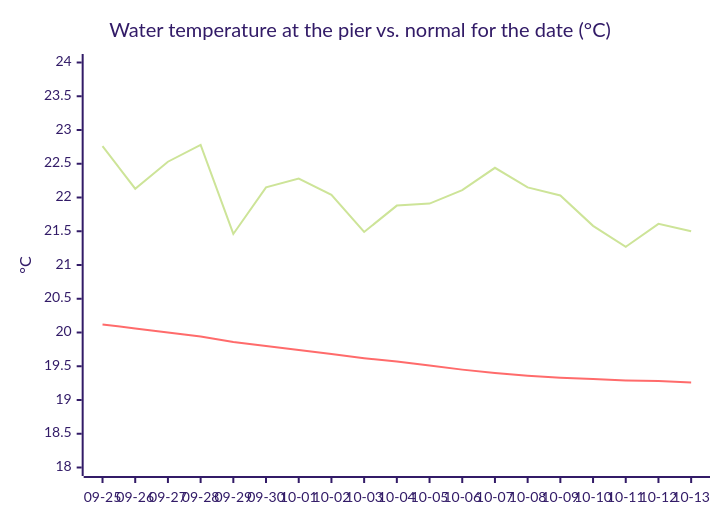
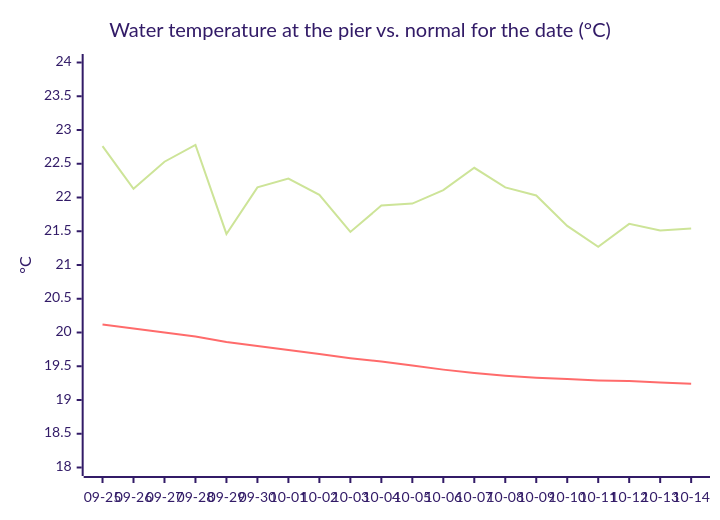
One commit to joshuafrommeyer-35/PierTracker changed the third of 3 diagrams in README.md. Above: the diagram before and after it, drawn with Mermaid (forest theme). The commit also changed other lines of this file and 5 other files, not shown here.

````diff
--- a/README.md
+++ b/README.md
@@ -160,8 +160,8 @@
 ```mermaid
 xychart-beta
     title "Water temperature at the pier vs. normal for the date (°C)"
-    x-axis ["09-25", "09-26", "09-27", "09-28", "09-29", "09-30", "10-01", "10-02", "10-03", "10-04", "10-05", "10-06", "10-07", "10-08", "10-09", "10-10", "10-11", "10-12", "10-13"]
+    x-axis ["09-25", "09-26", "09-27", "09-28", "09-29", "09-30", "10-01", "10-02", "10-03", "10-04", "10-05", "10-06", "10-07", "10-08", "10-09", "10-10", "10-11", "10-12", "10-13", "10-14"]
     y-axis "°C" 18 --> 24
-    line [22.76, 22.13, 22.53, 22.78, 21.46, 22.15, 22.28, 22.04, 21.49, 21.88, 21.91, 22.11, 22.44, 22.15, 22.03, 21.58, 21.27, 21.61, 21.5]
-    line [20.12, 20.06, 20.0, 19.94, 19.86, 19.8, 19.74, 19.68, 19.62, 19.57, 19.51, 19.45, 19.4, 19.36, 19.33, 19.31, 19.29, 19.28, 19.26]
+    line [22.76, 22.13, 22.53, 22.78, 21.46, 22.15, 22.28, 22.04, 21.49, 21.88, 21.91, 22.11, 22.44, 22.15, 22.03, 21.58, 21.27, 21.61, 21.51, 21.54]
+    line [20.12, 20.06, 20.0, 19.94, 19.86, 19.8, 19.74, 19.68, 19.62, 19.57, 19.51, 19.45, 19.4, 19.36, 19.33, 19.31, 19.29, 19.28, 19.26, 19.24]
 ```
````
